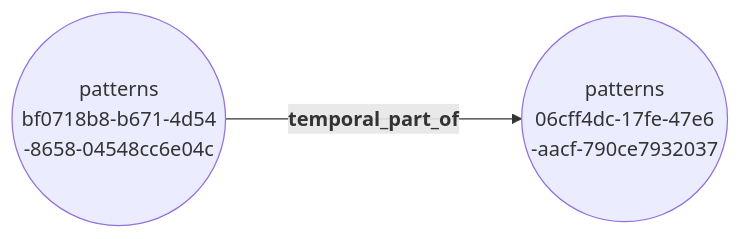
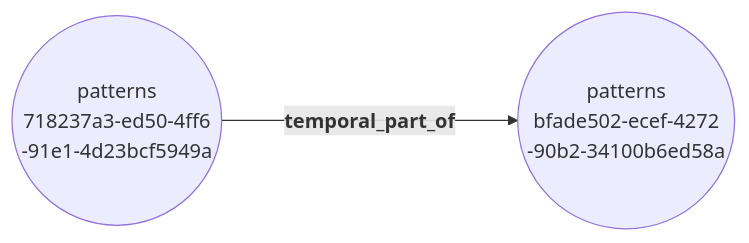
One commit to ClimbingAl/HqdmPatterns changed the diagram in docs/extras/example-files/relNodeEdgeGraph.mermaid. Above: the diagram before and after it, drawn with Mermaid. The commit also changed 35 other files, not shown here.

````diff
--- a/docs/extras/example-files/relNodeEdgeGraph.mermaid
+++ b/docs/extras/example-files/relNodeEdgeGraph.mermaid
@@ -1,4 +1,4 @@
 ``` mermaid
 graph LR
-  bf0718b8-b671-4d54-8658-04548cc6e04c(("patterns <br> bf0718b8-b671-4d54 <br> -8658-04548cc6e04c"))--->|"<b> temporal_part_of"|06cff4dc-17fe-47e6-aacf-790ce7932037(("patterns <br> 06cff4dc-17fe-47e6 <br> -aacf-790ce7932037"));
+  718237a3-ed50-4ff6-91e1-4d23bcf5949a(("patterns <br> 718237a3-ed50-4ff6 <br> -91e1-4d23bcf5949a"))--->|"<b> temporal_part_of"|bfade502-ecef-4272-90b2-34100b6ed58a(("patterns <br> bfade502-ecef-4272 <br> -90b2-34100b6ed58a"));
 ```
````
